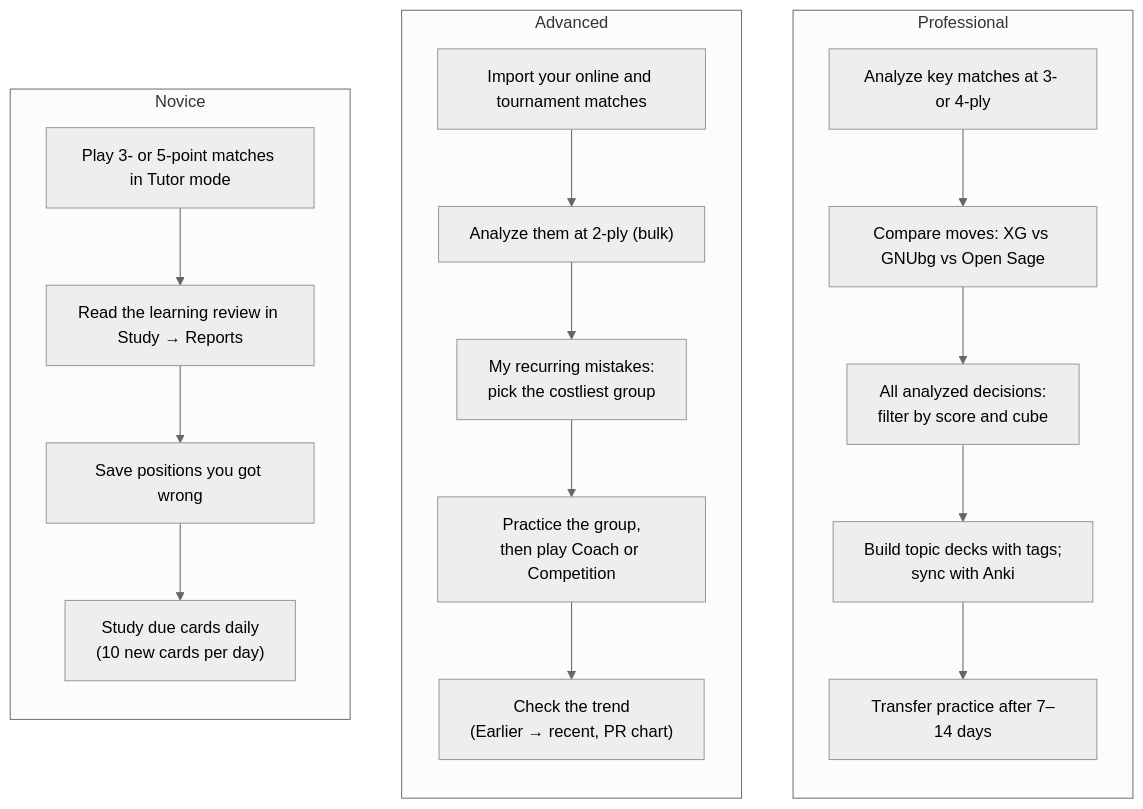
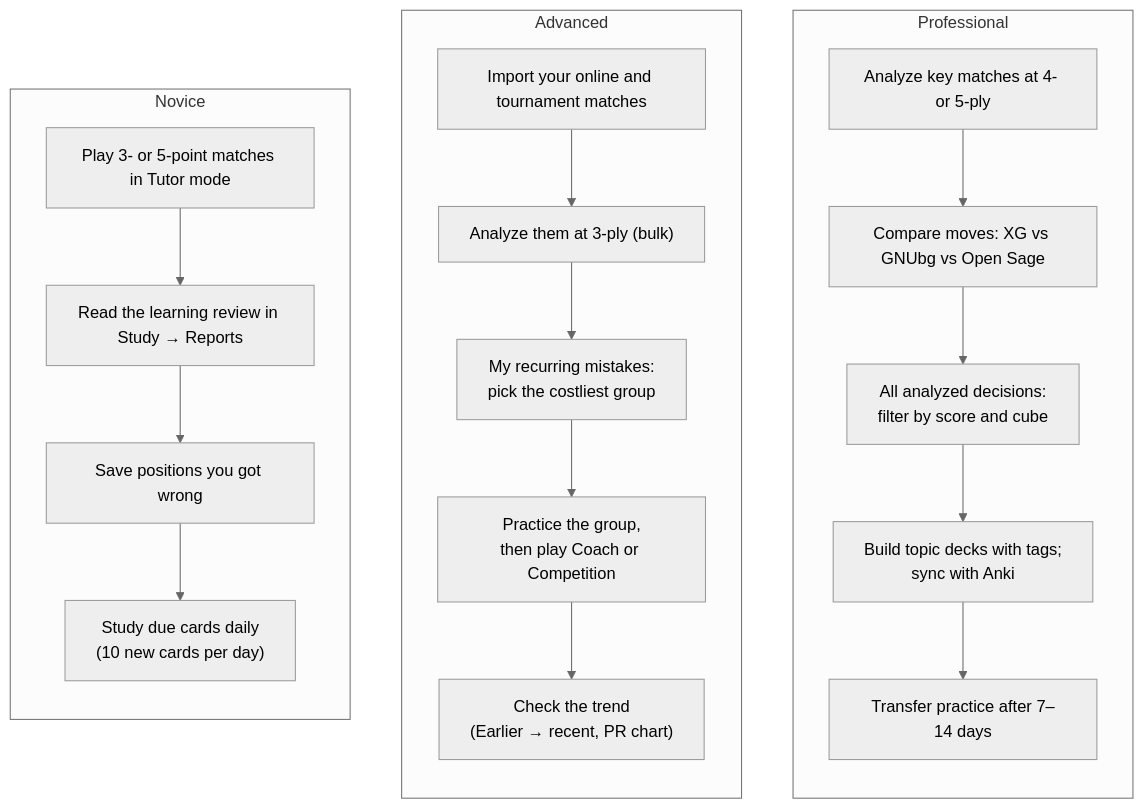
One commit to HendrikReh/neondojo changed the eighth of 8 diagrams in docs/user-guide/README.md. Above: the diagram before and after it, drawn with Mermaid (neutral theme). The commit also changed other lines of this file and 149 other files, not shown here.

First line of the commit message:
Use one ply convention for GNUbg and Open Sage

````diff
--- a/docs/user-guide/README.md
+++ b/docs/user-guide/README.md
@@ -696,21 +698,21 @@
 ```mermaid
 flowchart LR
   subgraph N["Novice"]
     direction TB
     N1["Play 3- or 5-point matches in Tutor mode"] --> N2["Read the learning review in Study → Reports"]
     N2 --> N3["Save positions you got wrong"] --> N4["Study due cards daily<br/>(10 new cards per day)"]
   end
   subgraph A["Advanced"]
     direction TB
-    A1["Import your online and tournament matches"] --> A2["Analyze them at 2-ply (bulk)"]
+    A1["Import your online and tournament matches"] --> A2["Analyze them at 3-ply (bulk)"]
     A2 --> A3["My recurring mistakes:<br/>pick the costliest group"] --> A4["Practice the group,<br/>then play Coach or Competition"]
     A4 --> A5["Check the trend<br/>(Earlier → recent, PR chart)"]
   end
   subgraph P["Professional"]
     direction TB
-    P1["Analyze key matches at 3- or 4-ply"] --> P2["Compare moves: XG vs GNUbg vs Open Sage"]
+    P1["Analyze key matches at 4- or 5-ply"] --> P2["Compare moves: XG vs GNUbg vs Open Sage"]
     P2 --> P3["All analyzed decisions:<br/>filter by score and cube"] --> P4["Build topic decks with tags;<br/>sync with Anki"]
     P4 --> P5["Transfer practice after 7–14 days"]
   end
   N ~~~ A ~~~ P
 ```
````
